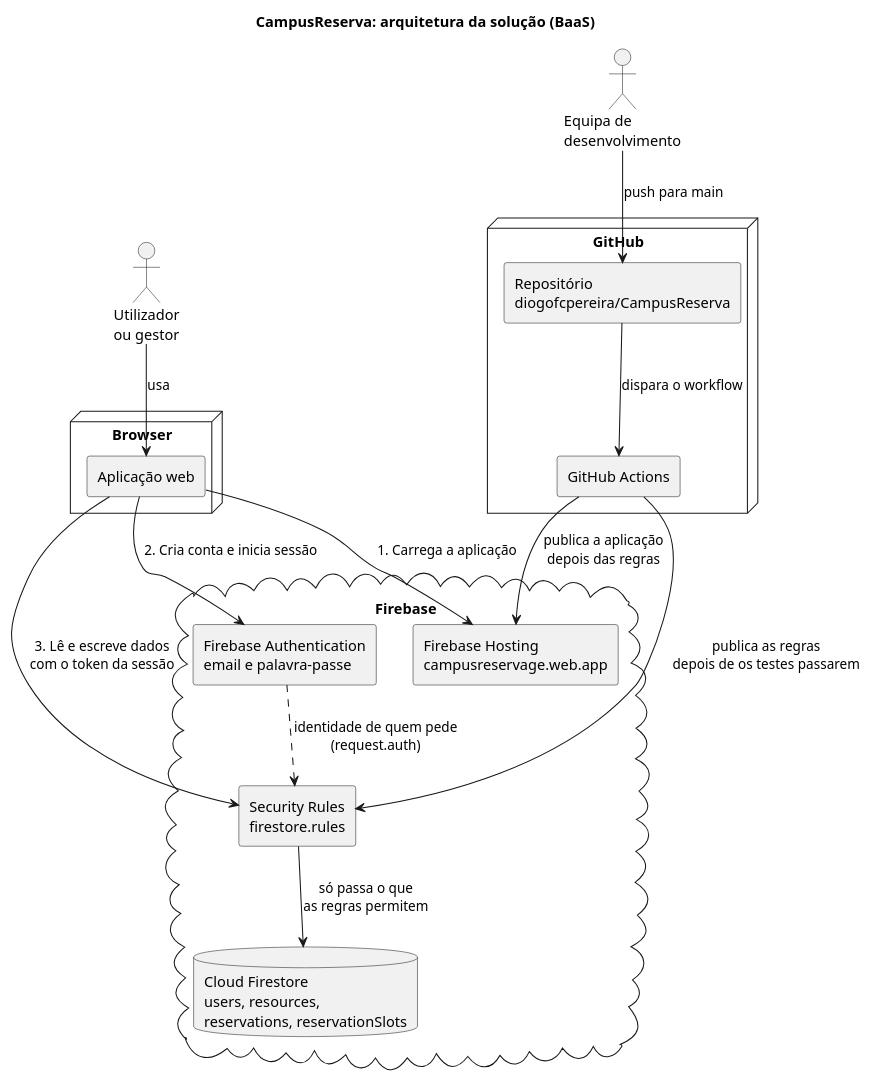
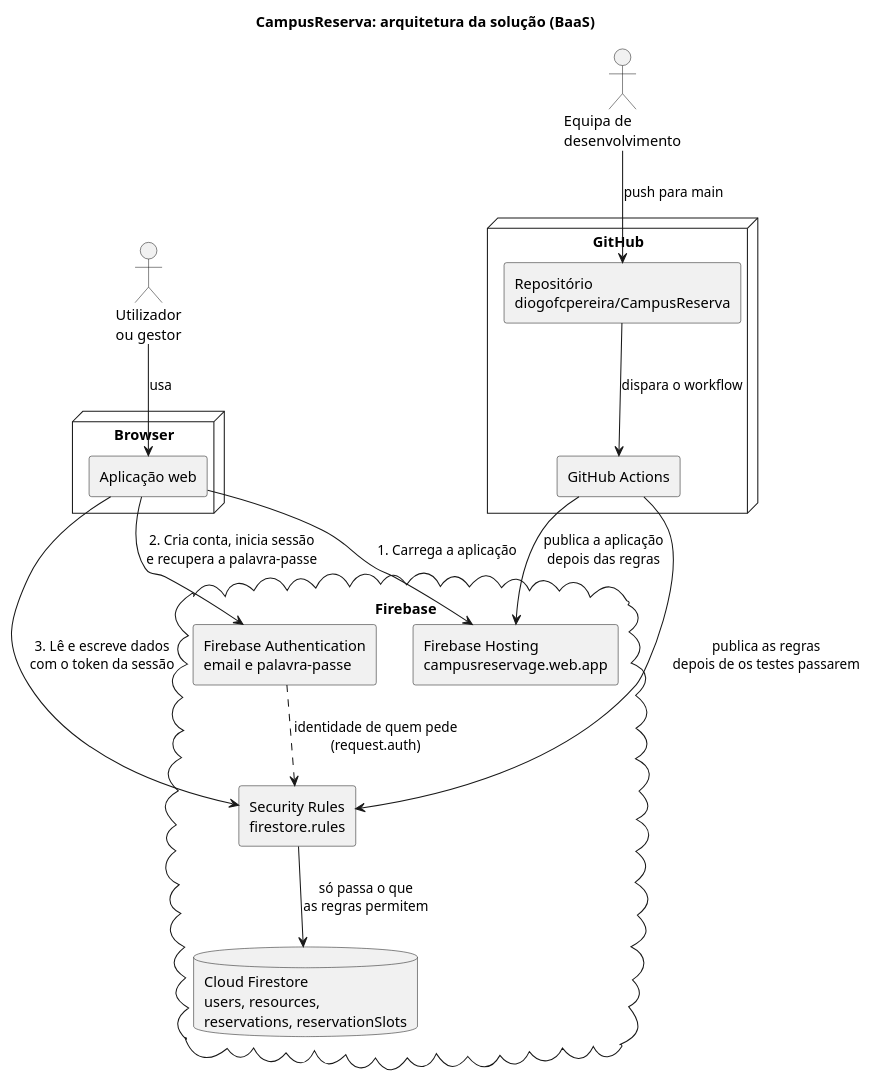
One commit to diogofcpereira/CampusReserva changed the diagram in docs/diagramas/arquitetura.puml. Above: the diagram before and after it, drawn with PlantUML. The commit also changed 16 other files, not shown here.

Commit message:
Diagramas update - concordância com o código

```diff
--- a/docs/diagramas/arquitetura.puml
+++ b/docs/diagramas/arquitetura.puml
@@ -1,41 +1,41 @@
 @startuml arquitetura
 
 title CampusReserva: arquitetura da solução (BaaS)
 
 skinparam monochrome true
 skinparam shadowing false
 skinparam componentStyle rectangle
 
 
 actor "Utilizador\nou gestor" as pessoa
 actor "Equipa de\ndesenvolvimento" as equipa
 
 node "Browser" as browser {
   component "Aplicação web" as app
 }
 
 cloud "Firebase" as firebase {
   component "Firebase Hosting\ncampusreservage.web.app" as hosting
   component "Firebase Authentication\nemail e palavra-passe" as auth
   component "Security Rules\nfirestore.rules" as rules
   database "Cloud Firestore\nusers, resources,\nreservations, reservationSlots" as db
 }
 
 node "GitHub" as github {
   component "Repositório\ndiogofcpereira/CampusReserva" as repo
   component "GitHub Actions" as actions
 }
 
 pessoa --> app : usa
 app --> hosting : 1. Carrega a aplicação
-app --> auth : 2. Cria conta e inicia sessão
+app --> auth : 2. Cria conta, inicia sessão\ne recupera a palavra-passe
 app --> rules : 3. Lê e escreve dados\ncom o token da sessão
 auth ..> rules : identidade de quem pede\n(request.auth)
 rules --> db : só passa o que\nas regras permitem
 
 equipa --> repo : push para main
 repo --> actions : dispara o workflow
 actions --> rules : publica as regras\ndepois de os testes passarem
 actions --> hosting : publica a aplicação\ndepois das regras
 
 @enduml
```
